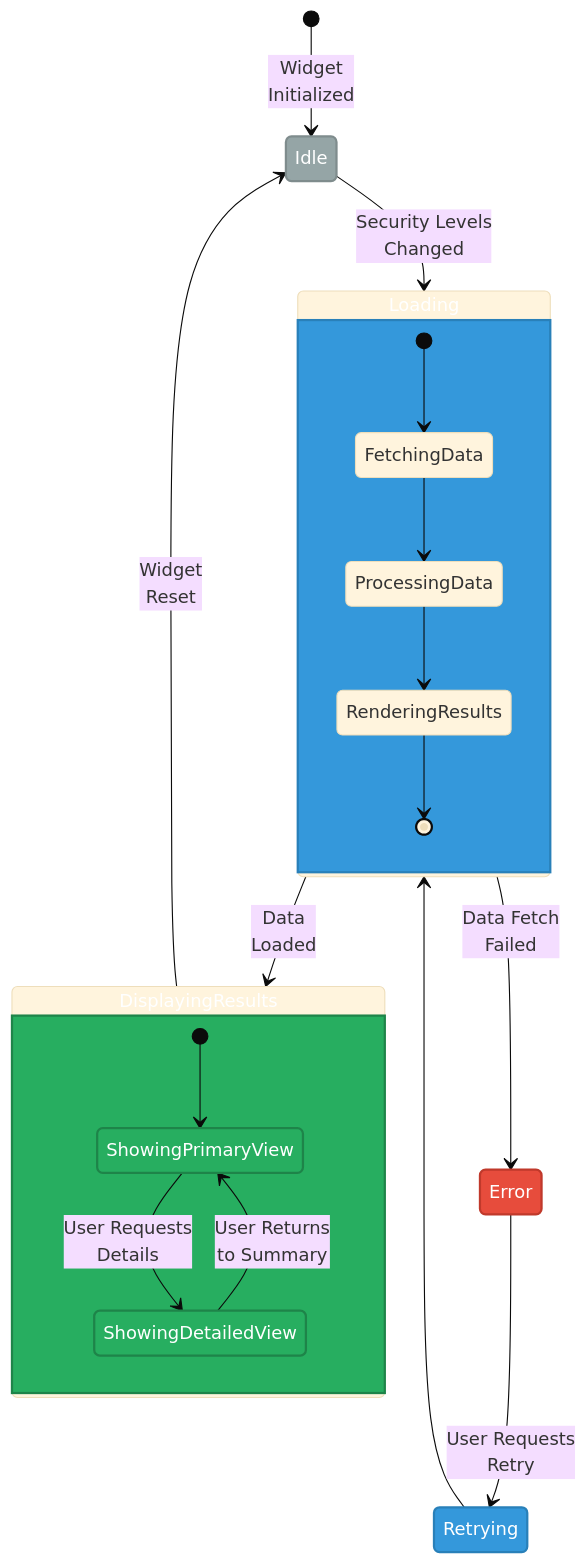
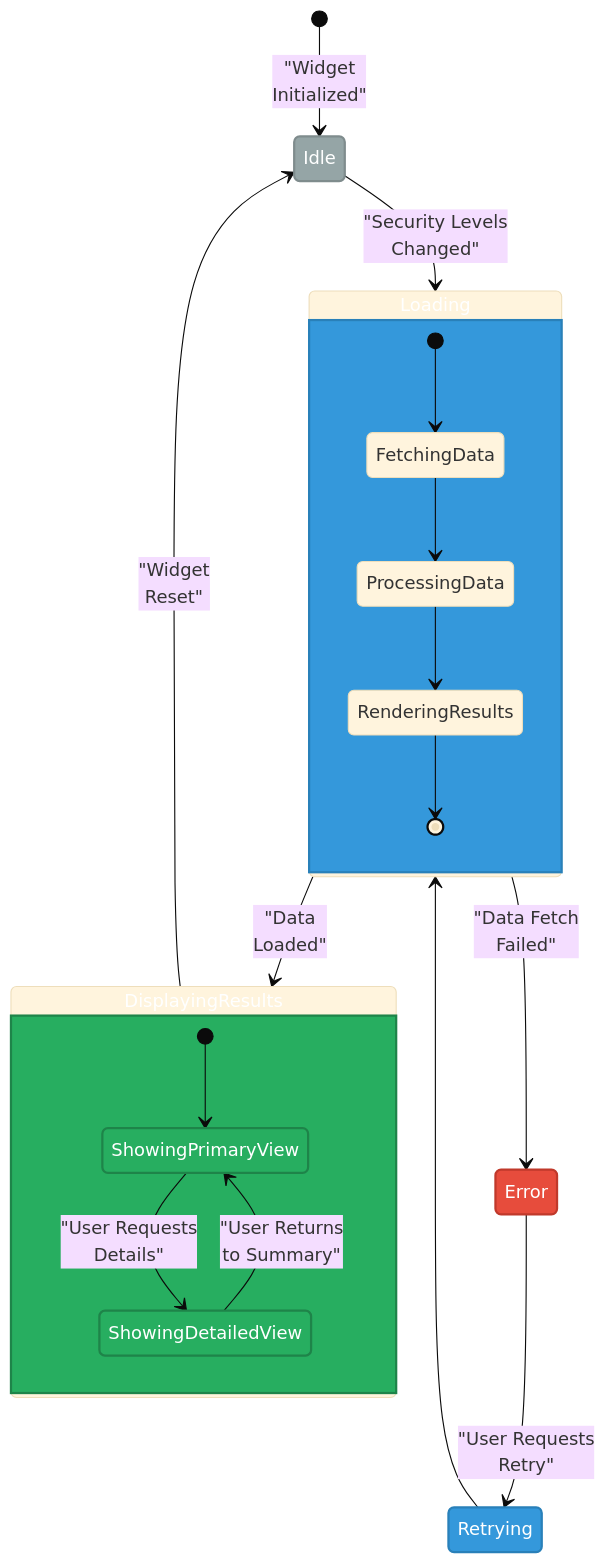
The third of 7 diagrams in docs/architecture/STATEDIAGRAM.md (Hack23/cia-compliance-manager), drawn with Mermaid (base theme) before and after one commit. The commit also changed other lines of this file, not shown here.

Commit message:
fix(docs): improve clarity in STATEDIAGRAM.md by adding quotes to state descriptions and refining class definitions

````diff
--- a/docs/architecture/STATEDIAGRAM.md
+++ b/docs/architecture/STATEDIAGRAM.md
@@ -130,37 +130,37 @@
 ```mermaid
 stateDiagram-v2
-    [*] --> Idle: Widget<br>Initialized
+    [*] --> Idle: "Widget<br>Initialized"
     
-    Idle --> Loading: Security Levels<br>Changed
+    Idle --> Loading: "Security Levels<br>Changed"
     
     state Loading {
         [*] --> FetchingData
         FetchingData --> ProcessingData
         ProcessingData --> RenderingResults
         RenderingResults --> [*]
     }
     
-    Loading --> DisplayingResults: Data<br>Loaded
-    Loading --> Error: Data Fetch<br>Failed
+    Loading --> DisplayingResults: "Data<br>Loaded"
+    Loading --> Error: "Data Fetch<br>Failed"
     
     state DisplayingResults {
         [*] --> ShowingPrimaryView
-        ShowingPrimaryView --> ShowingDetailedView: User Requests<br>Details
-        ShowingDetailedView --> ShowingPrimaryView: User Returns<br>to Summary
+        ShowingPrimaryView --> ShowingDetailedView: "User Requests<br>Details"
+        ShowingDetailedView --> ShowingPrimaryView: "User Returns<br>to Summary"
     }
     
-    Error --> Retrying: User Requests<br>Retry
+    Error --> Retrying: "User Requests<br>Retry"
     Retrying --> Loading
     
-    DisplayingResults --> Idle: Widget<br>Reset
+    DisplayingResults --> Idle: "Widget<br>Reset"
     
     classDef idle fill:#95a5a6,stroke:#7f8c8d,stroke-width:2px,color:white
     classDef loading fill:#3498db,stroke:#2980b9,stroke-width:2px,color:white
     classDef display fill:#27ae60,stroke:#1e8449,stroke-width:2px,color:white
     classDef error fill:#e74c3c,stroke:#c0392b,stroke-width:2px,color:white
     
     class Idle idle
     class Loading,Retrying loading
     class DisplayingResults,ShowingPrimaryView,ShowingDetailedView display
     class Error error
 ```
````
